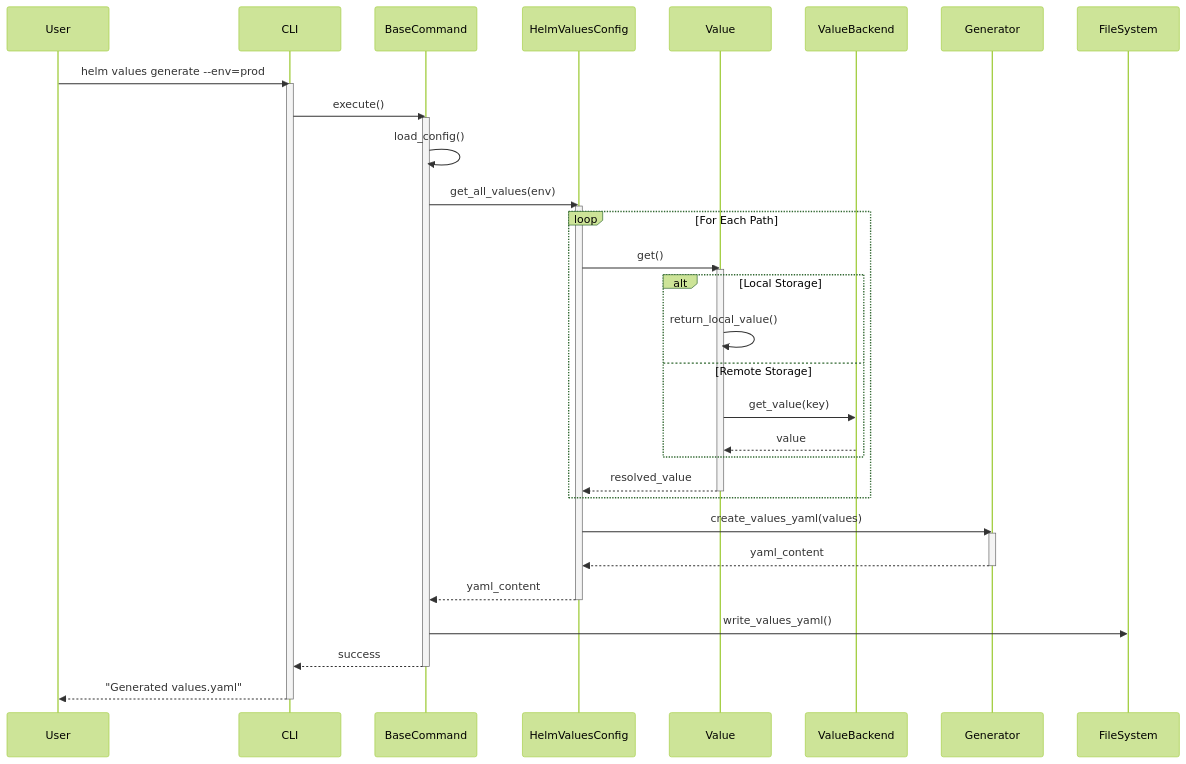
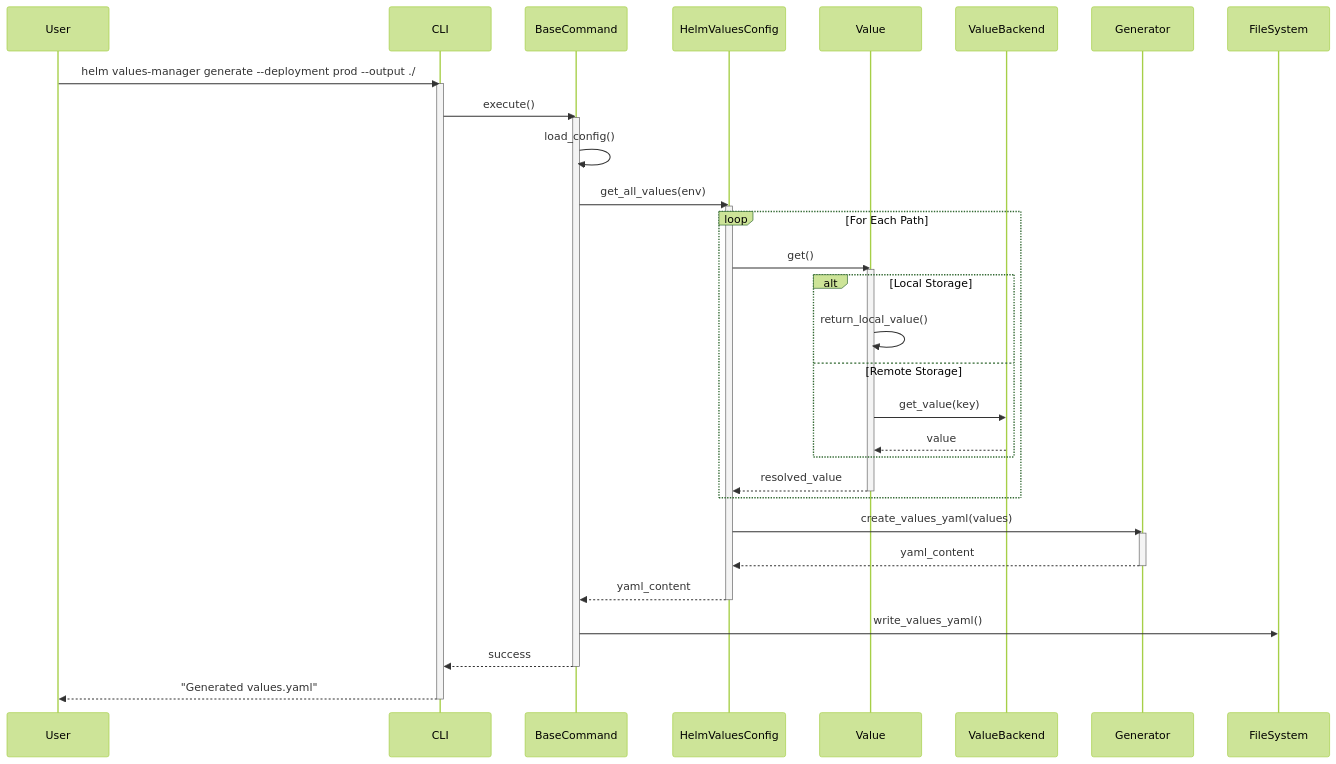
The ninth of 14 diagrams in docs/Design/sequence-diagrams.md (Zipstack/helm-values-manager), drawn with Mermaid (forest theme) before and after one commit. The commit also changed other lines of this file, not shown here.

First line of the commit message:
docs: update sequence diagrams with correct command flags

````diff
--- a/docs/Design/sequence-diagrams.md
+++ b/docs/Design/sequence-diagrams.md
@@ -381,50 +381,50 @@
 ```mermaid
 sequenceDiagram
     participant User
     participant CLI
     participant BaseCommand
     participant HelmValuesConfig
     participant Value
     participant ValueBackend
     participant Generator
 
-    User->>CLI: helm values generate --env=prod
+    User->>CLI: helm values-manager generate --deployment prod --output ./
     activate CLI
 
     CLI->>BaseCommand: execute()
     activate BaseCommand
 
     BaseCommand->>BaseCommand: load_config()
     BaseCommand->>HelmValuesConfig: get_all_values(env)
     activate HelmValuesConfig
 
     loop For Each Path
         HelmValuesConfig->>Value: get()
         activate Value
 
         alt Local Storage
             Value->>Value: return_local_value()
         else Remote Storage
             Value->>ValueBackend: get_value(key)
             ValueBackend-->>Value: value
         end
 
         Value-->>HelmValuesConfig: resolved_value
         deactivate Value
     end
 
     HelmValuesConfig->>Generator: create_values_yaml(values)
     activate Generator
     Generator-->>HelmValuesConfig: yaml_content
     deactivate Generator
 
     HelmValuesConfig-->>BaseCommand: yaml_content
     deactivate HelmValuesConfig
 
     BaseCommand->>FileSystem: write_values_yaml()
     BaseCommand-->>CLI: success
     deactivate BaseCommand
 
     CLI-->>User: "Generated values.yaml"
     deactivate CLI
 ```
````
